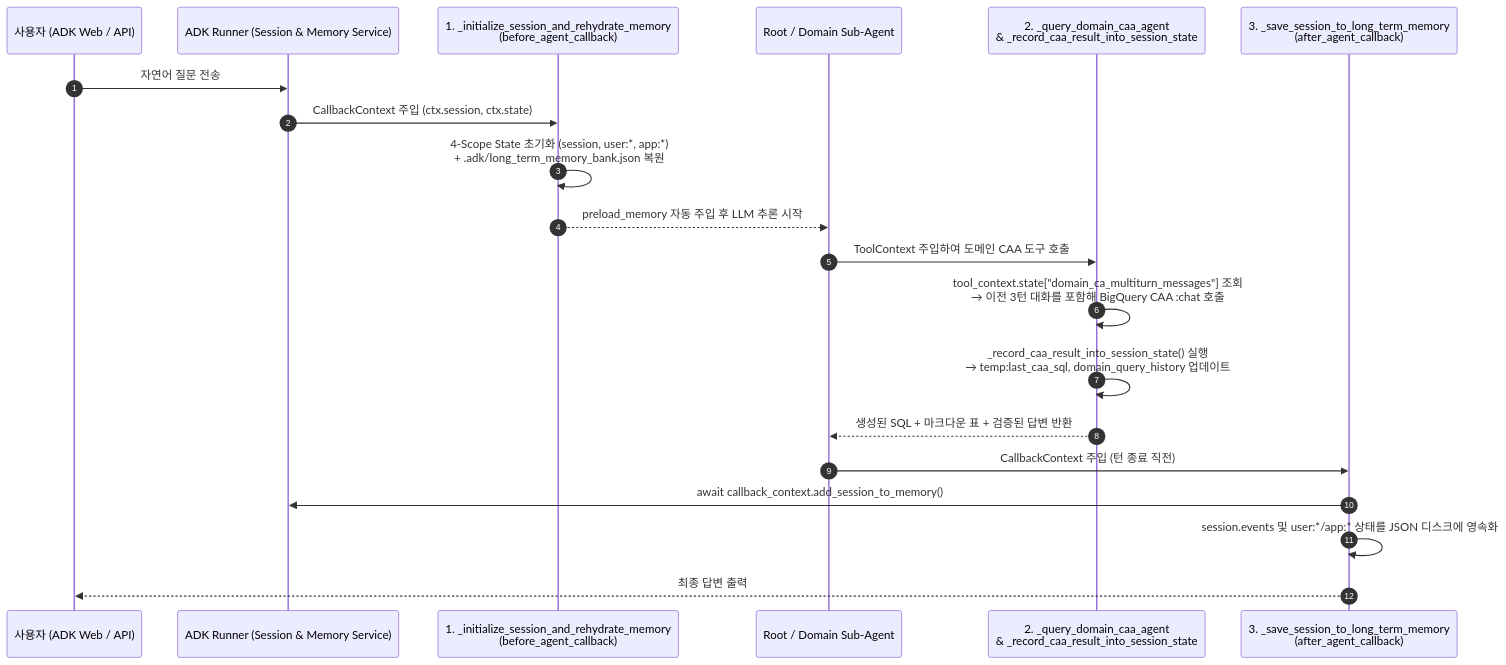
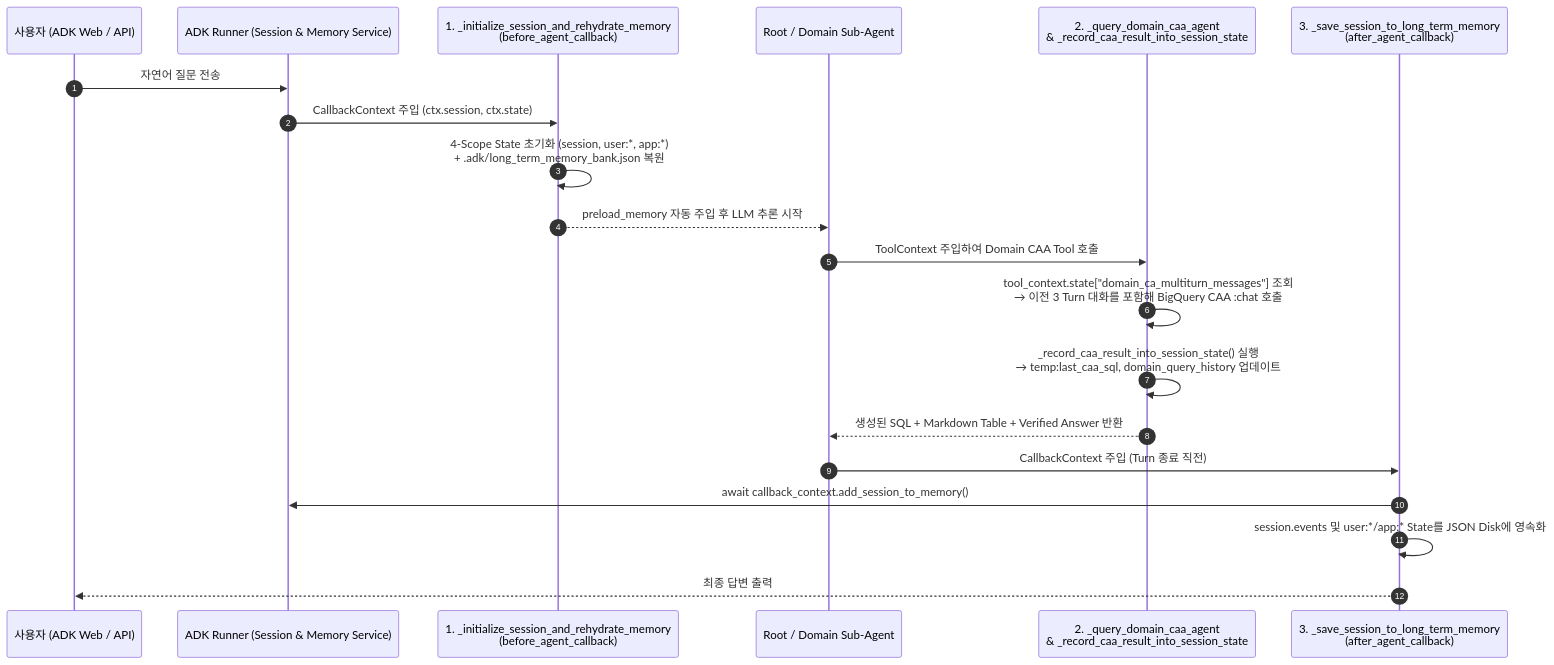
One commit to rhkim77/adk_with_bq_caa_lab changed the diagram in docs/CODE_WALKTHROUGH_ROOT_AGENT_AND_SESSION_KO.md. Above: the diagram before and after it, drawn with Mermaid. The commit also changed other lines of this file and 3 other files, not shown here.

````diff
--- a/docs/CODE_WALKTHROUGH_ROOT_AGENT_AND_SESSION_KO.md
+++ b/docs/CODE_WALKTHROUGH_ROOT_AGENT_AND_SESSION_KO.md
@@ -68,23 +68,23 @@
 ```mermaid
 sequenceDiagram
   autonumber
   participant User as 사용자 (ADK Web / API)
   participant Runner as ADK Runner (Session & Memory Service)
   participant BeforeCB as 1. _initialize_session_and_rehydrate_memory<br/>(before_agent_callback)
   participant Agent as Root / Domain Sub-Agent
   participant Tool as 2. _query_domain_caa_agent<br/>& _record_caa_result_into_session_state
   participant AfterCB as 3. _save_session_to_long_term_memory<br/>(after_agent_callback)
 
   User->>Runner: 자연어 질문 전송
   Runner->>BeforeCB: CallbackContext 주입 (ctx.session, ctx.state)
   BeforeCB->>BeforeCB: 4-Scope State 초기화 (session, user:*, app:*)<br/>+ .adk/long_term_memory_bank.json 복원
   BeforeCB-->>Agent: preload_memory 자동 주입 후 LLM 추론 시작
-  Agent->>Tool: ToolContext 주입하여 도메인 CAA 도구 호출
-  Tool->>Tool: tool_context.state["domain_ca_multiturn_messages"] 조회<br/>→ 이전 3턴 대화를 포함해 BigQuery CAA :chat 호출
+  Agent->>Tool: ToolContext 주입하여 Domain CAA Tool 호출
+  Tool->>Tool: tool_context.state["domain_ca_multiturn_messages"] 조회<br/>→ 이전 3 Turn 대화를 포함해 BigQuery CAA :chat 호출
   Tool->>Tool: _record_caa_result_into_session_state() 실행<br/>→ temp:last_caa_sql, domain_query_history 업데이트
-  Tool-->>Agent: 생성된 SQL + 마크다운 표 + 검증된 답변 반환
-  Agent->>AfterCB: CallbackContext 주입 (턴 종료 직전)
+  Tool-->>Agent: 생성된 SQL + Markdown Table + Verified Answer 반환
+  Agent->>AfterCB: CallbackContext 주입 (Turn 종료 직전)
   AfterCB->>Runner: await callback_context.add_session_to_memory()
-  AfterCB->>AfterCB: session.events 및 user:*/app:* 상태를 JSON 디스크에 영속화
+  AfterCB->>AfterCB: session.events 및 user:*/app:* State를 JSON Disk에 영속화
   AfterCB-->>User: 최종 답변 출력
 ```
````
